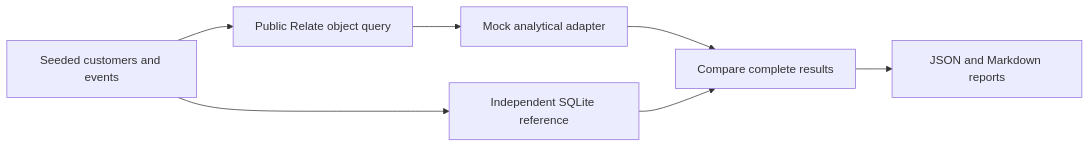
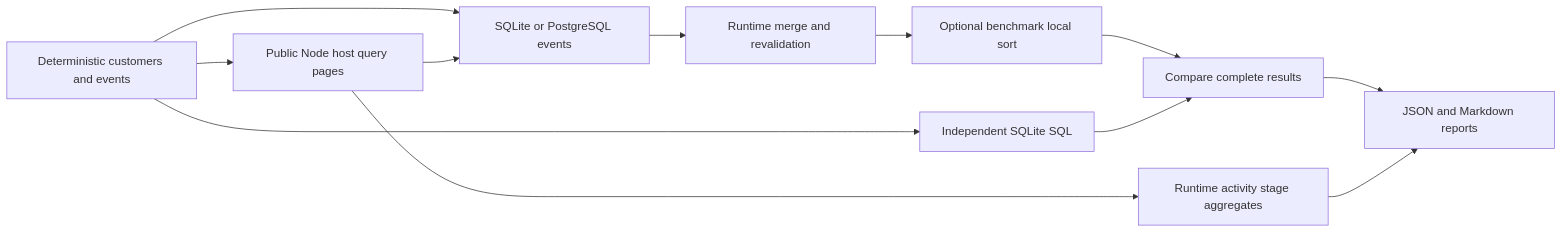
Before and after one commit to relatehq/relate: the diagram in tests/performance/analytical-properties/README.md, drawn with Mermaid. The commit also changed other lines of this file and 11 other files, not shown here.

````diff
--- a/tests/performance/analytical-properties/README.md
+++ b/tests/performance/analytical-properties/README.md
@@ -93,9 +97,14 @@
 ```mermaid
 flowchart LR
-  Seed[Seeded customers and events] --> Objects[Public Relate object query]
-  Objects --> Mock[Mock analytical adapter]
-  Seed --> SQL[Independent SQLite reference]
-  Mock --> Verify[Compare complete results]
-  SQL --> Verify
+  Seed[Deterministic customers and events] --> Host[Public Node host query pages]
+  Seed --> DB[SQLite or PostgreSQL events]
+  Host --> DB
+  DB --> Checks[Runtime merge and revalidation]
+  Checks --> Sort[Optional benchmark local sort]
+  Seed --> Oracle[Independent SQLite SQL]
+  Sort --> Verify[Compare complete results]
+  Oracle --> Verify
+  Host --> Activity[Runtime activity stage aggregates]
   Verify --> Report[JSON and Markdown reports]
+  Activity --> Report
 ```
````
